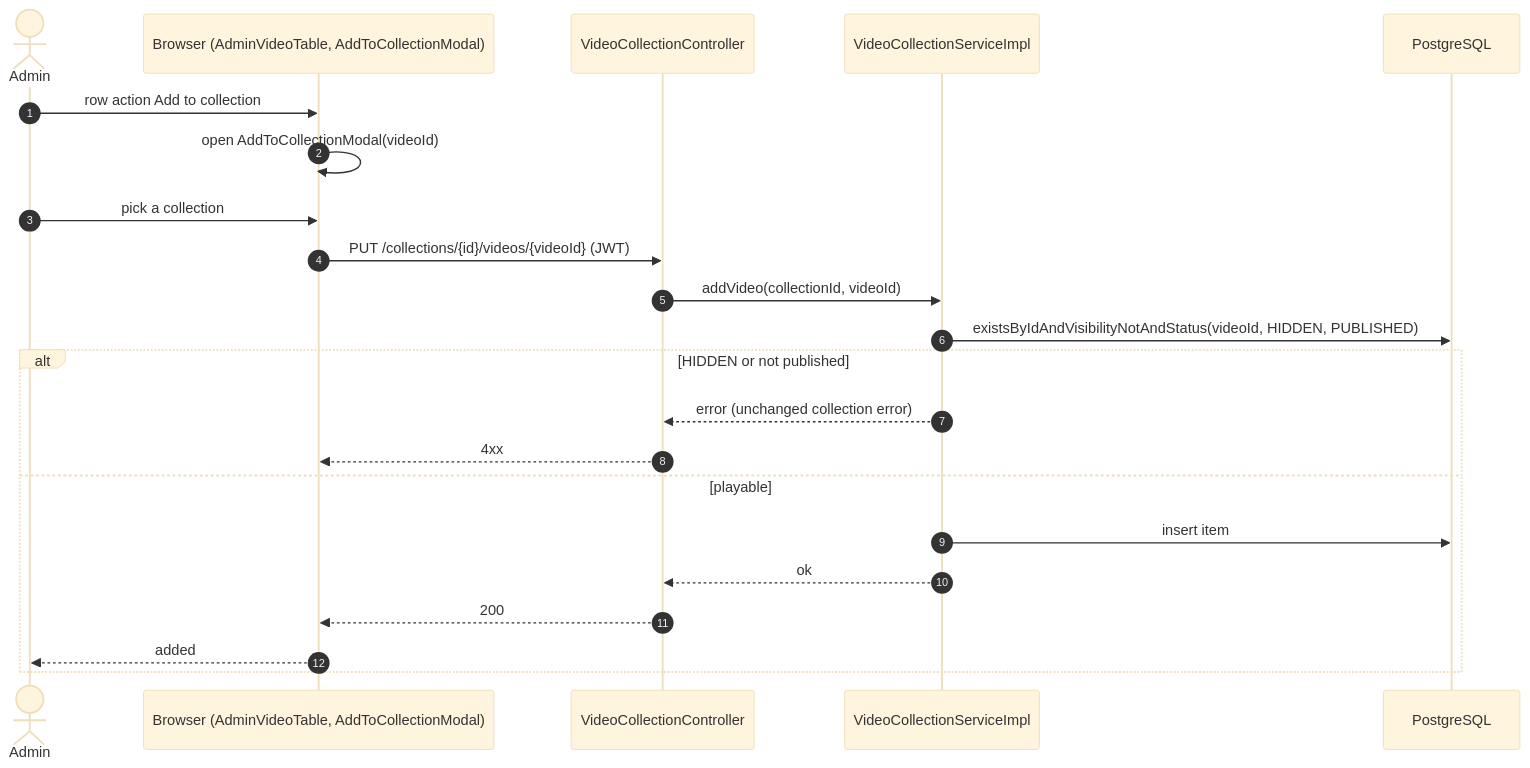
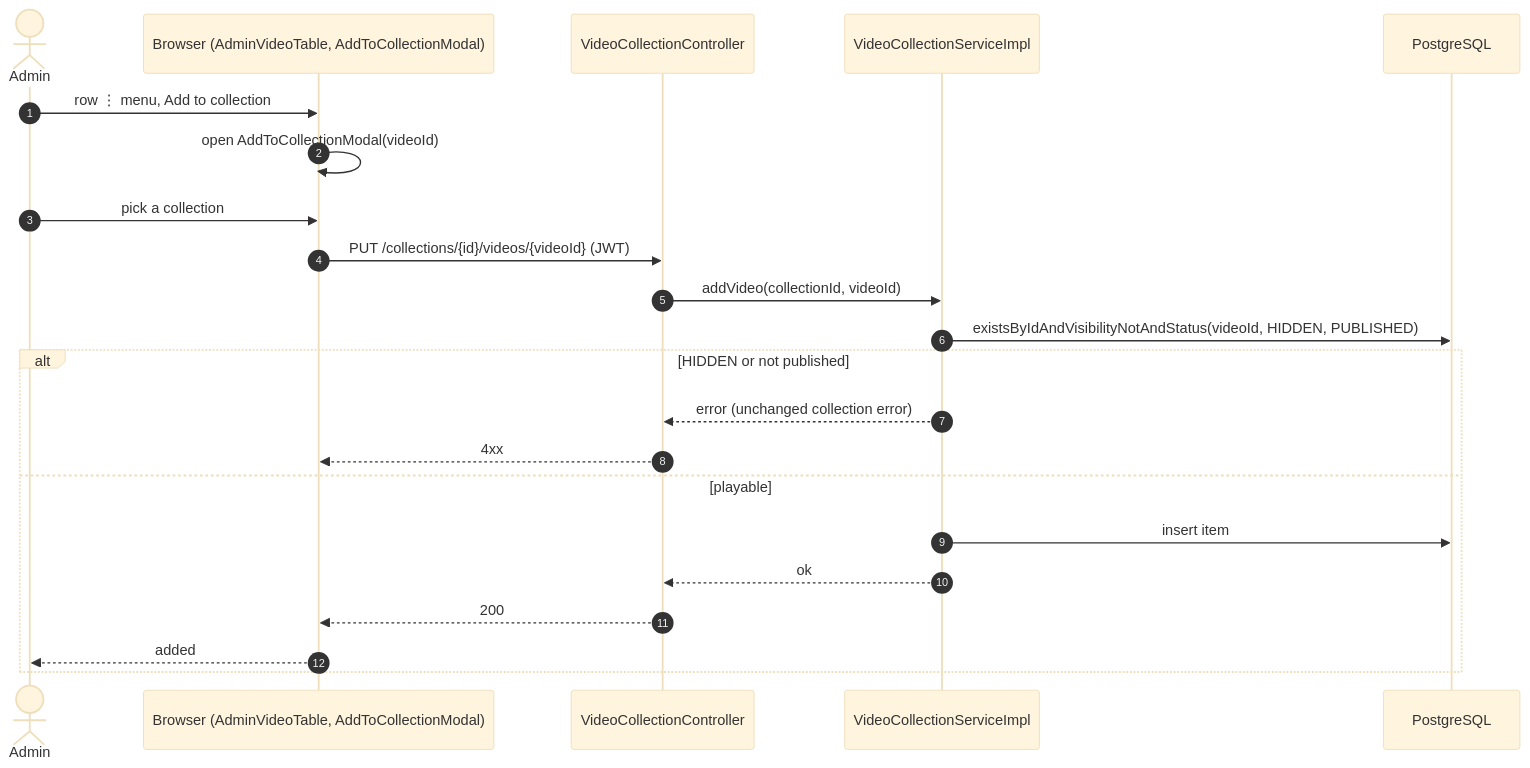
The fourth of 6 diagrams in docs/sequence/sequence-collection-only-videos.md (nguyenhuuca/assessment), drawn with Mermaid (base theme) before and after one commit. The commit also changed other lines of this file and 5 other files, not shown here.

First line of the commit message:
docs(collection-only): CO-7 done, prod smoke passed, diagrams As-built

````diff
--- a/docs/sequence/sequence-collection-only-videos.md
+++ b/docs/sequence/sequence-collection-only-videos.md
@@ -104,25 +102,25 @@
 ```mermaid
 sequenceDiagram
     autonumber
     actor A as Admin
     participant FE as Browser (AdminVideoTable, AddToCollectionModal)
     participant API as VideoCollectionController
     participant S as VideoCollectionServiceImpl
     participant DB as PostgreSQL
 
-    A->>FE: row action Add to collection
+    A->>FE: row ⋮ menu, Add to collection
     FE->>FE: open AddToCollectionModal(videoId)
     A->>FE: pick a collection
     FE->>API: PUT /collections/{id}/videos/{videoId} (JWT)
     API->>S: addVideo(collectionId, videoId)
     S->>DB: existsByIdAndVisibilityNotAndStatus(videoId, HIDDEN, PUBLISHED)
     alt HIDDEN or not published
         S-->>API: error (unchanged collection error)
         API-->>FE: 4xx
     else playable
         S->>DB: insert item
         S-->>API: ok
         API-->>FE: 200
         FE-->>A: added
     end
 ```
````
